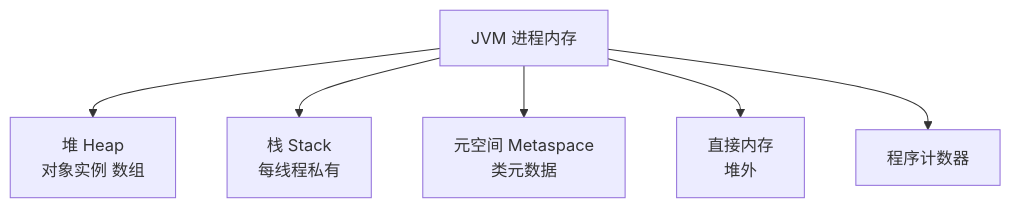
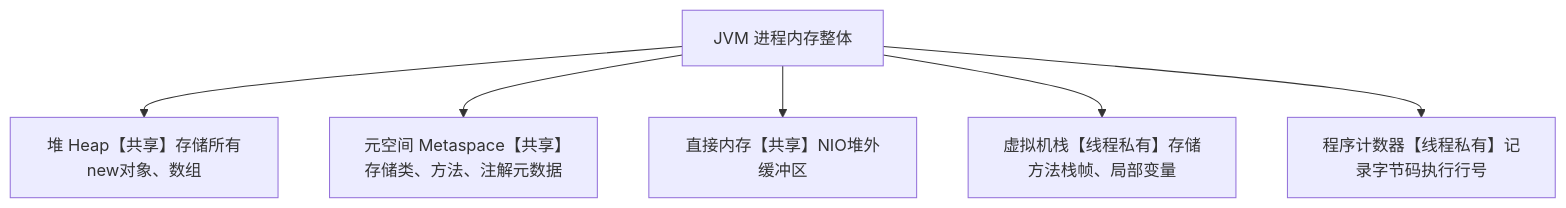
The third of 8 diagrams in docs/02.后端/01.Java/17.JVM 基础.md (l552177239/my-note), drawn with Mermaid before and after one commit. The commit also changed other lines of this file and 1 other file, not shown here.

Commit message:
feat: Update Java concurrency and JVM notes with new insights, improved structure, and visual diagrams

````diff
--- a/docs/02.后端/01.Java/17.JVM 基础.md
+++ b/docs/02.后端/01.Java/17.JVM 基础.md
@@ -102,9 +106,12 @@
 ```mermaid
 flowchart TB
-    JVM["JVM 进程内存"]
-    JVM --> HEAP["堆 Heap<br/>对象实例 数组"]
-    JVM --> STACK["栈 Stack<br/>每线程私有"]
-    JVM --> META["元空间 Metaspace<br/>类元数据"]
-    JVM --> DIRECT["直接内存<br/>堆外"]
-    JVM --> PC["程序计数器"]
+    JVM["JVM 进程内存整体"]
+    %% 线程共享区域
+    JVM --> HEAP["堆 Heap【共享】存储所有new对象、数组"]
+    JVM --> META["元空间 Metaspace【共享】存储类、方法、注解元数据"]
+    JVM --> DIRECT["直接内存【共享】NIO堆外缓冲区"]
+    %% 线程私有区域
+    JVM --> STACK["虚拟机栈【线程私有】存储方法栈帧、局部变量"]
+    JVM --> PC["程序计数器【线程私有】记录字节码执行行号"]
+
 ```
````
